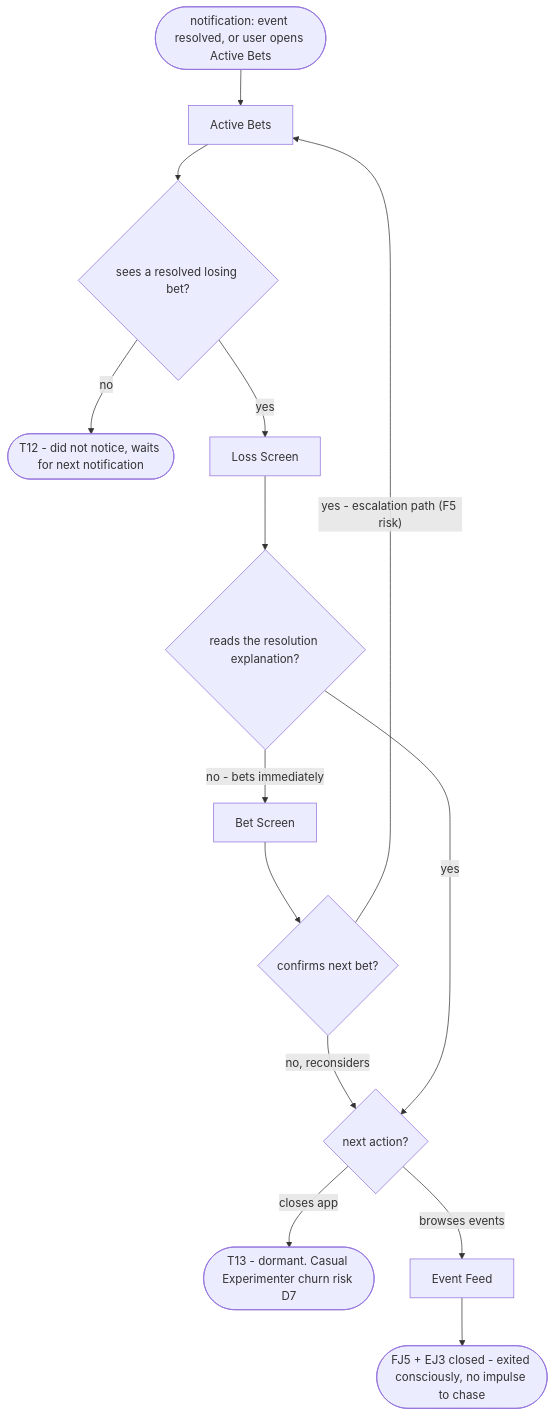
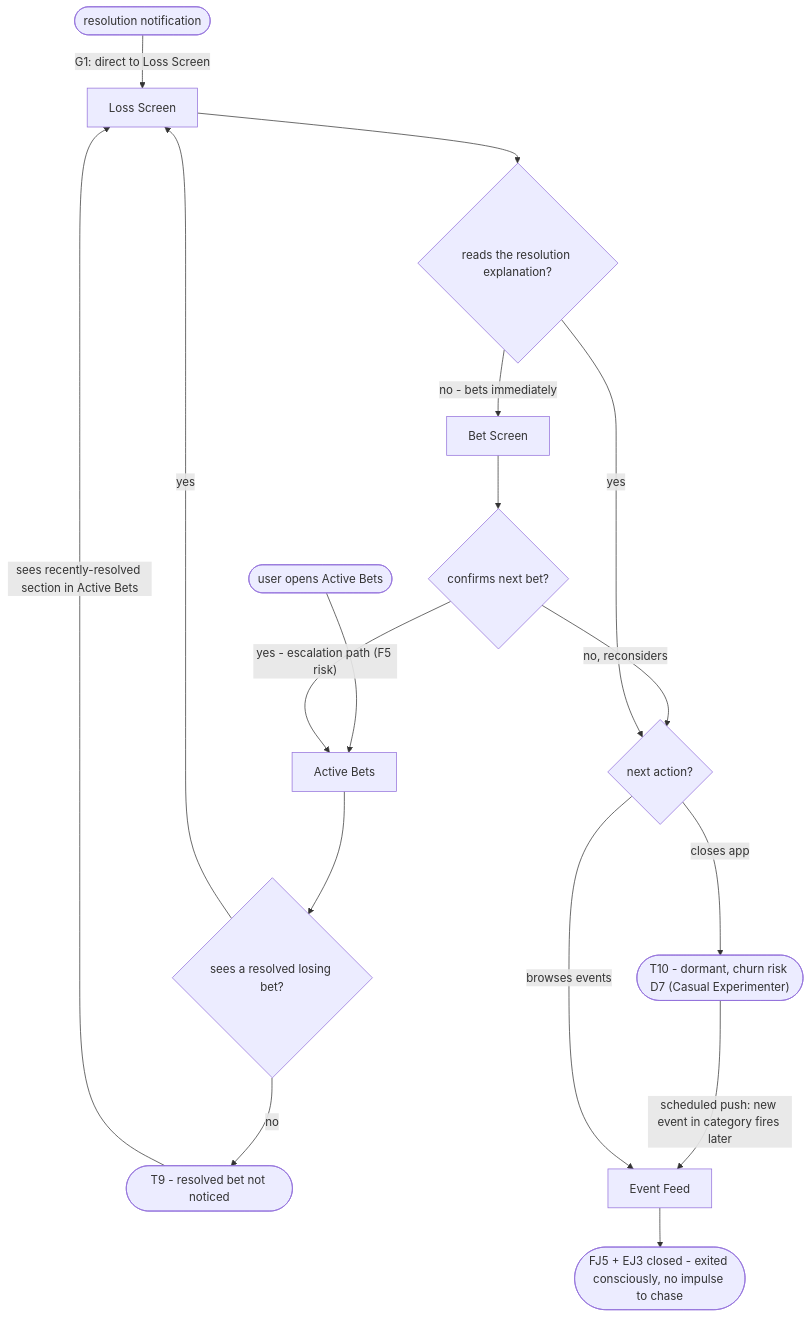
The third of 4 diagrams in flows.md (sergiodesign4u-dot/predict-market), drawn with Mermaid before and after one commit. The commit also changed other lines of this file, not shown here.

````diff
--- a/flows.md
+++ b/flows.md
@@ -93,23 +134,30 @@
 ```mermaid
 flowchart TD
     nextAction{"next action?"}
 
-    trigger(["notification: event resolved, or user opens Active Bets"])
-    trigger --> AB["Active Bets"]
+    %% Path A: G1 - resolution notification routes directly to Loss Screen (fast path)
+    %% Loss Screen is otherwise 4 taps deep; G1 cuts this so the resolution note reaches the user before the impulse to chase.
+    triggerNotif(["resolution notification"])
+    triggerNotif -->|"G1: direct to Loss Screen"| LS["Loss Screen"]
 
+    %% Path B: manual - user opens Active Bets, finds the resolved item
+    triggerManual(["user opens Active Bets"])
+    triggerManual --> AB["Active Bets"]
     AB --> seesResolved{"sees a resolved losing bet?"}
-    seesResolved -->|"no"| T12(["T12 - did not notice, waits for next notification"])
-    seesResolved -->|"yes"| LS["Loss Screen"]
+    seesResolved -->|"no"| T9(["T9 - resolved bet not noticed"])
+    T9 -->|"sees recently-resolved section in Active Bets"| LS
+    seesResolved -->|"yes"| LS
 
     LS --> readsNote{"reads the resolution explanation?"}
     readsNote -->|"no - bets immediately"| BS["Bet Screen"]
     BS --> escalationConfirm{"confirms next bet?"}
     escalationConfirm -->|"no, reconsiders"| nextAction
     escalationConfirm -->|"yes - escalation path (F5 risk)"| AB
 
     readsNote -->|"yes"| nextAction
-    nextAction -->|"closes app"| T13(["T13 - dormant. Casual Experimenter churn risk D7"])
-    nextAction -->|"browses events"| EF["Event Feed"]
+    nextAction -->|"closes app"| T10(["T10 - dormant, churn risk D7 (Casual Experimenter)"])
+    T10 -->|"scheduled push: new event in category fires later"| EF["Event Feed"]
+    nextAction -->|"browses events"| EF
 
     EF --> fj5Done(["FJ5 + EJ3 closed - exited consciously, no impulse to chase"])
 ```
````
